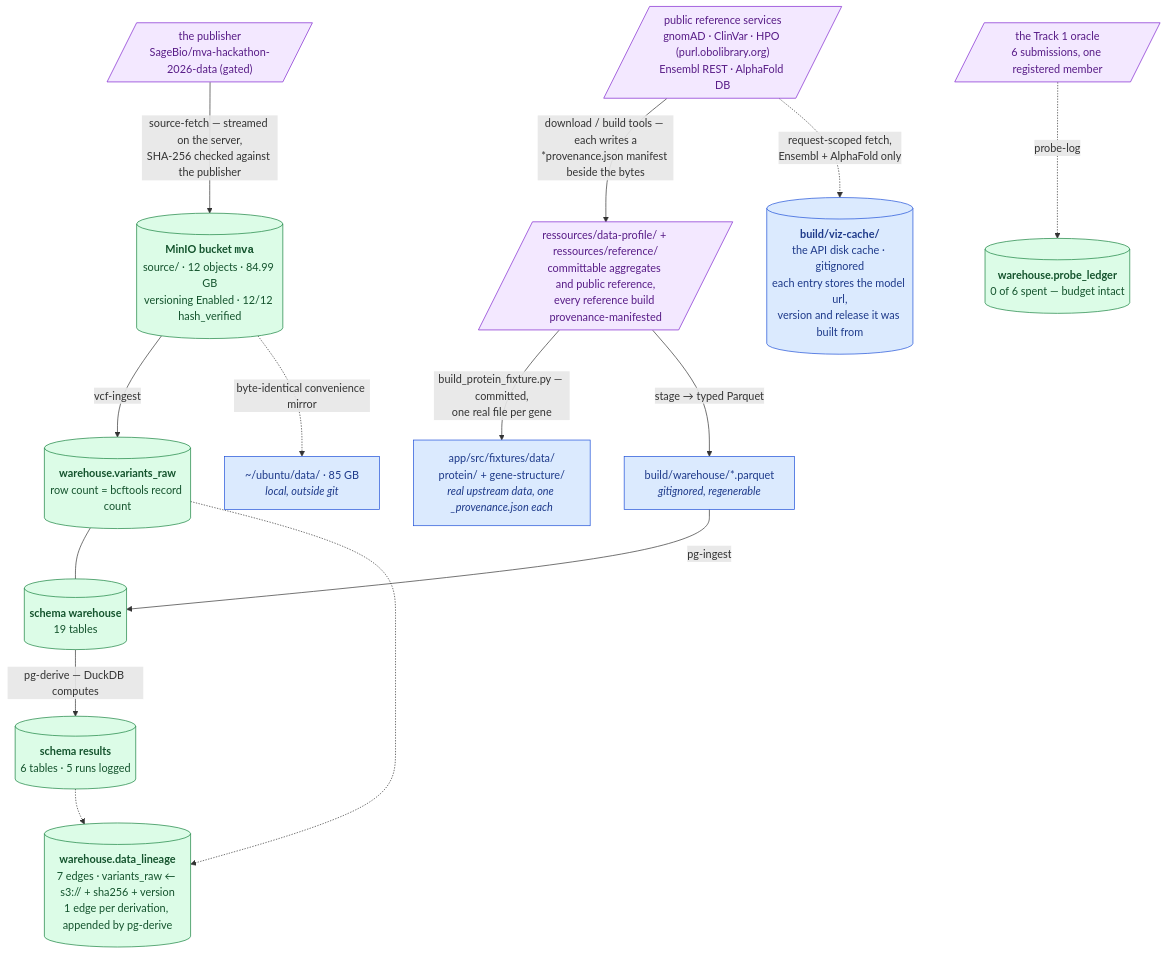
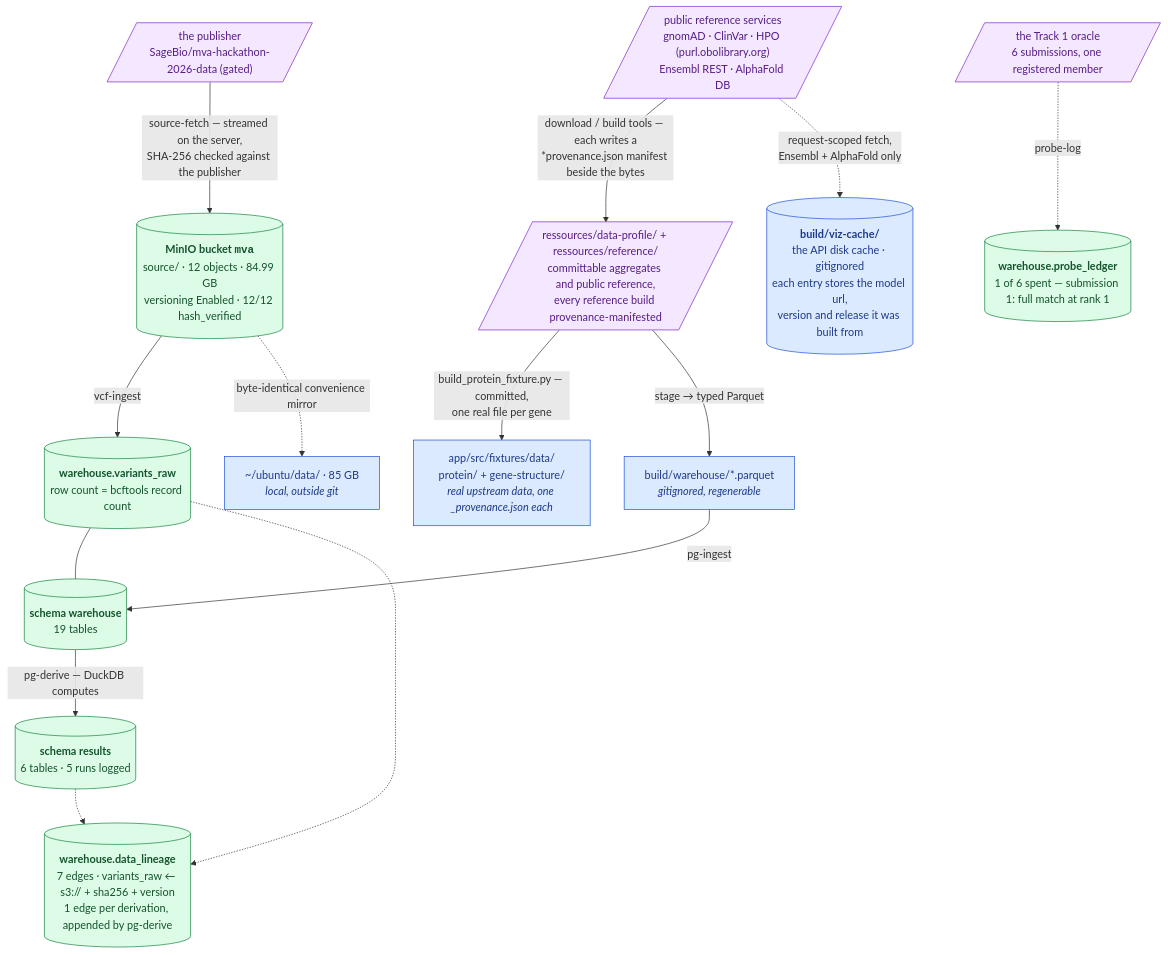
One commit to agharsallah/mva-hackathon changed the diagram in docs/current-state.md. Above: the diagram before and after it, drawn with Mermaid. The commit also changed other lines of this file and 20 other files, not shown here.

````diff
--- a/docs/current-state.md
+++ b/docs/current-state.md
@@ -57,23 +57,23 @@
 ```mermaid
 flowchart TB
   PUB[/"the publisher<br/>SageBio/mva-hackathon-2026-data (gated)"/]:::raw
   PUB -->|"source-fetch — streamed on the server,<br/>SHA-256 checked against the publisher"| S3[("<b>MinIO bucket <code>mva</code></b><br/>source/ · 12 objects · 84.99 GB<br/>versioning Enabled · 12/12 hash_verified")]:::good
   S3 -->|"vcf-ingest"| RAW[("<b>warehouse.variants_raw</b><br/>row count = bcftools record count")]:::good
   PROF[/"ressources/data-profile/ + ressources/reference/<br/>committable aggregates and public reference,<br/>every reference build provenance-manifested"/]:::raw
   REF[/"public reference services<br/>gnomAD · ClinVar · HPO (purl.obolibrary.org)<br/>Ensembl REST · AlphaFold DB"/]:::raw
   REF -->|"download / build tools — each writes a<br/>*provenance.json manifest beside the bytes"| PROF
   REF -.->|"request-scoped fetch,<br/>Ensembl + AlphaFold only"| VCACHE[("<b>build/viz-cache/</b><br/>the API disk cache · gitignored<br/>each entry stores the model url,<br/>version and release it was built from")]:::neutral
   PROF -->|"build_protein_fixture.py — committed,<br/>one real file per gene"| FIX["app/src/fixtures/data/<br/>protein/ + gene-structure/<br/><i>real upstream data, one _provenance.json each</i>"]:::neutral
   PROF -->|"stage → typed Parquet"| BUILD["build/warehouse/*.parquet<br/><i>gitignored, regenerable</i>"]:::neutral
   BUILD -->|"pg-ingest"| WH[("<b>schema warehouse</b><br/>19 tables")]:::good
   RAW --- WH
   WH -->|"pg-derive — DuckDB computes"| RES[("<b>schema results</b><br/>6 tables · 5 runs logged")]:::good
   S3 -.->|"byte-identical convenience mirror"| MIR["~/ubuntu/data/ · 85 GB<br/><i>local, outside git</i>"]:::neutral
   RAW -.-> LIN[("<b>warehouse.data_lineage</b><br/>7 edges · variants_raw ← s3:// + sha256 + version<br/>1 edge per derivation, appended by pg-derive")]:::good
   RES -.-> LIN
   ORACLE[/"the Track 1 oracle<br/>6 submissions, one registered member"/]:::raw
-  ORACLE -.->|"probe-log"| PROBE[("<b>warehouse.probe_ledger</b><br/>0 of 6 spent — budget intact")]:::good
+  ORACLE -.->|"probe-log"| PROBE[("<b>warehouse.probe_ledger</b><br/>1 of 6 spent — submission 1: full match at rank 1")]:::good
   classDef raw fill:#f3e8ff,stroke:#7e22ce,color:#581c87
   classDef good fill:#dcfce7,stroke:#15803d,color:#14532d
   classDef neutral fill:#dbeafe,stroke:#1d4ed8,color:#1e3a8a
 ```
````
